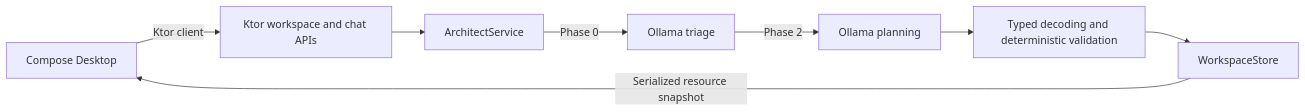
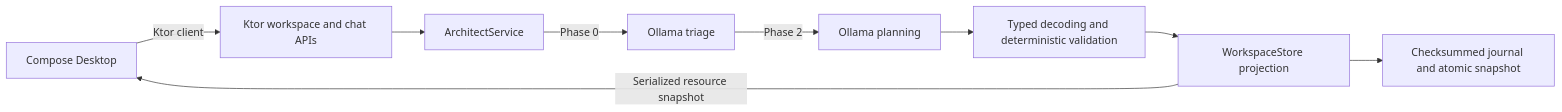
The diagram in README.md (alchevrier/orchard), drawn with Mermaid before and after one commit. The commit also changed other lines of this file and 8 other files, not shown here.

````diff
--- a/README.md
+++ b/README.md
@@ -39,10 +60,11 @@
 ```mermaid
 flowchart LR
     UI[Compose Desktop] -->|Ktor client| API[Ktor workspace and chat APIs]
     API --> AS[ArchitectService]
     AS -->|Phase 0| TR[Ollama triage]
     TR -->|Phase 2| PL[Ollama planning]
     PL --> VA[Typed decoding and deterministic validation]
-    VA --> WS[WorkspaceStore]
+    VA --> WS[WorkspaceStore projection]
+    WS --> FS[Checksummed journal and atomic snapshot]
     WS -->|Serialized resource snapshot| UI
 ```
````
